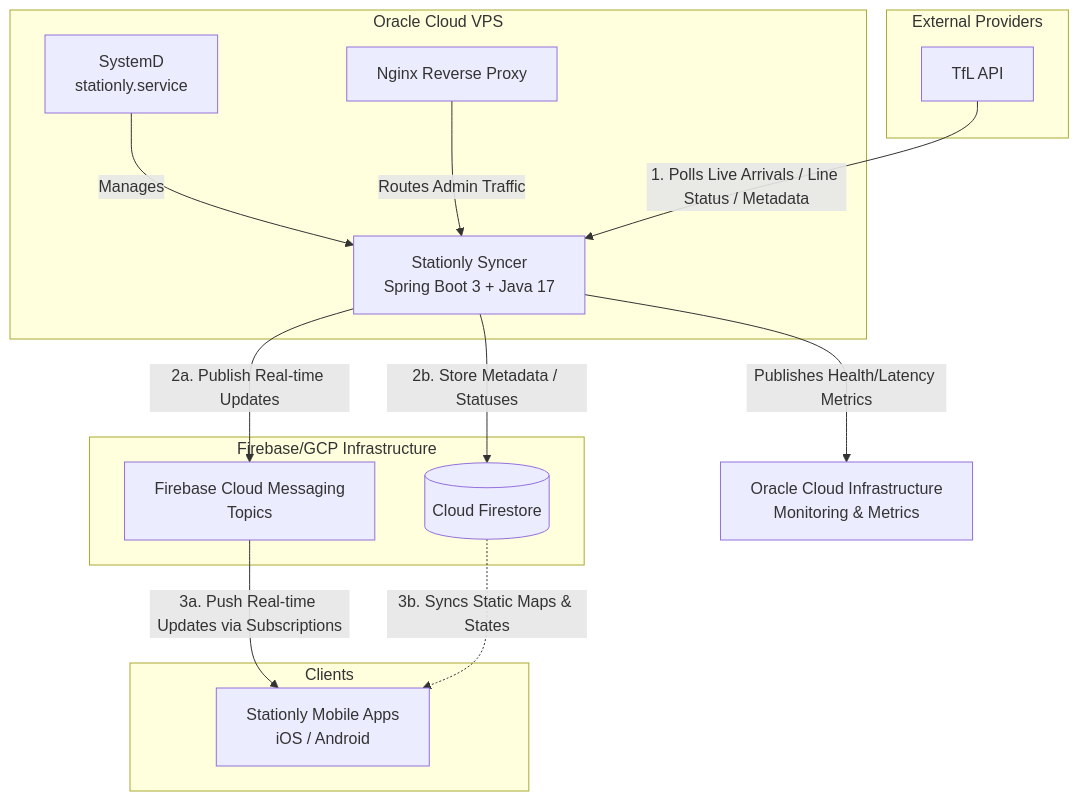
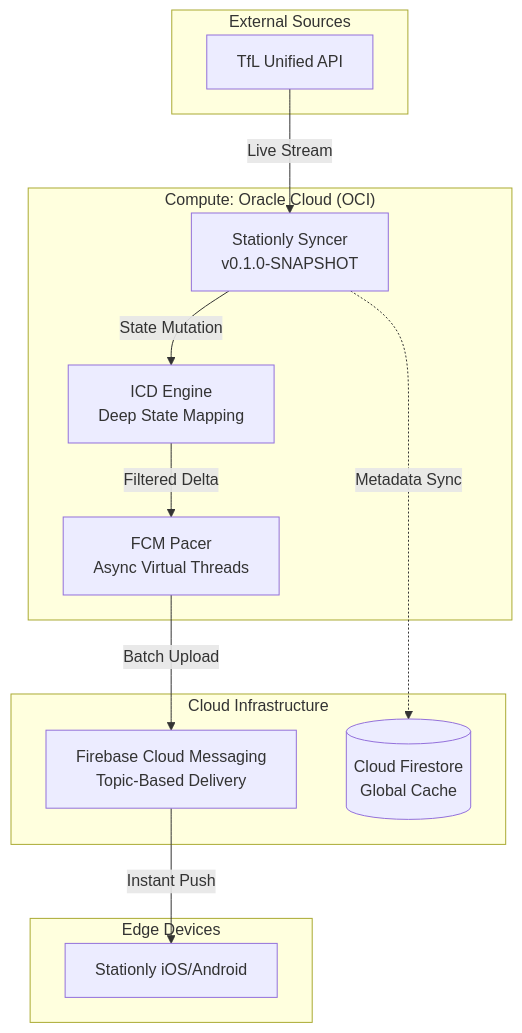
One commit to MaverickNyk/StationlySyncer changed the diagram in README.md. Above: the diagram before and after it, drawn with Mermaid. The commit also changed other lines of this file and 3 other files, not shown here.

First line of the commit message:
feat(syncer): implement Intelligent Change Detection (ICD) and project refactor

````diff
--- a/README.md
+++ b/README.md
@@ -9,35 +35,28 @@
 ```mermaid
 graph TD
-    subgraph "External Providers"
-        TFL[TfL API]
+    subgraph "External Sources"
+        TFL[TfL Unified API]
     end
 
-    subgraph "Oracle Cloud VPS"
-        Syncer[Stationly Syncer<br/>Spring Boot 3 + Java 17]
-        Nginx[Nginx Reverse Proxy]
-        SystemD[SystemD<br/>stationly.service]
-        
-        SystemD -->|Manages| Syncer
-        Nginx -->|Routes Admin Traffic| Syncer
+    subgraph "Compute: Oracle Cloud (OCI)"
+        Worker[Stationly Syncer<br/>v0.1.0-SNAPSHOT]
+        ICD[ICD Engine<br/>Deep State Mapping]
+        Pacer[FCM Pacer<br/>Async Virtual Threads]
     end
 
-    subgraph "Firebase/GCP Infrastructure"
-        FCM[Firebase Cloud Messaging<br/>Topics]
-        Firestore[(Cloud Firestore)]
+    subgraph "Cloud Infrastructure"
+        FCM[Firebase Cloud Messaging<br/>Topic-Based Delivery]
+        Firestore[(Cloud Firestore<br/>Global Cache)]
     end
 
-    subgraph "Clients"
-        App[Stationly Mobile Apps<br/>iOS / Android]
+    subgraph "Edge Devices"
+        App[Stationly iOS/Android]
     end
 
-    %% Data Flow
-    TFL -->|1. Polls Live Arrivals / Line Status / Metadata| Syncer
-    Syncer -->|2a. Publish Real-time Updates| FCM
-    Syncer -->|2b. Store Metadata / Statuses| Firestore
-    FCM -->|3a. Push Real-time Updates via Subscriptions| App
-    Firestore -.->|3b. Syncs Static Maps & States| App
-    
-    %% Monitoring
-    OCI[Oracle Cloud Infrastructure<br/>Monitoring & Metrics]
-    Syncer -->|Publishes Health/Latency Metrics| OCI
+    TFL -->|Live Stream| Worker
+    Worker -->|State Mutation| ICD
+    ICD -->|Filtered Delta| Pacer
+    Pacer -->|Batch Upload| FCM
+    Worker -.->|Metadata Sync| Firestore
+    FCM -->|Instant Push| App
 ```
````
